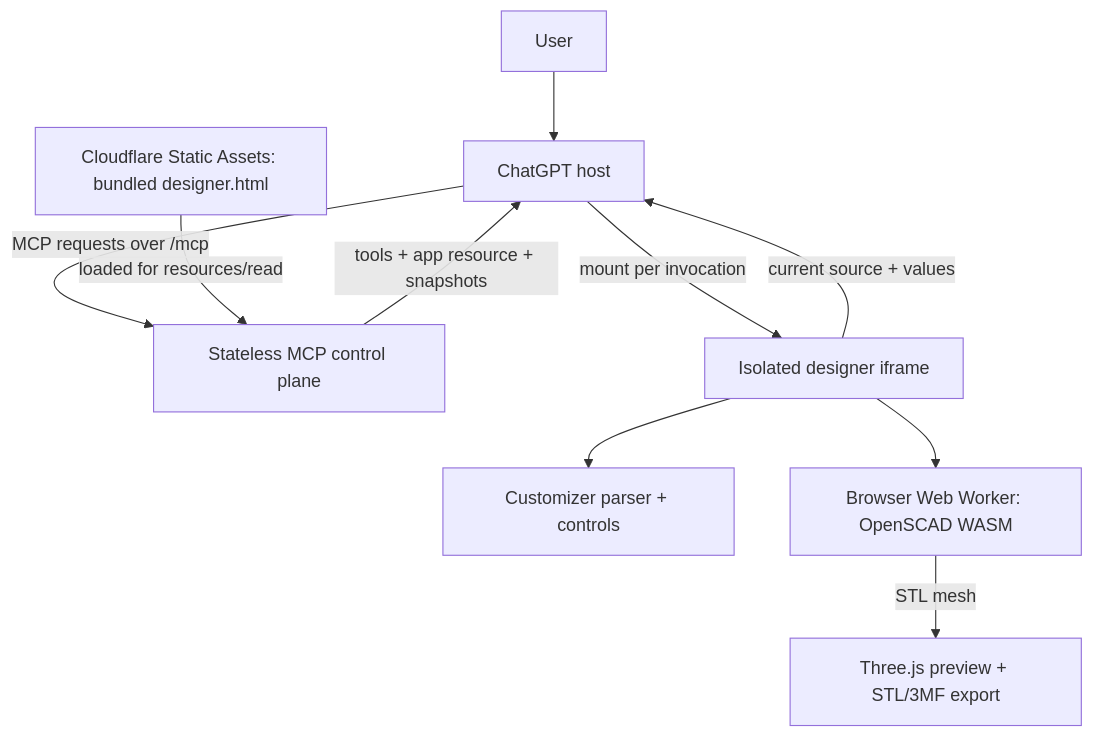
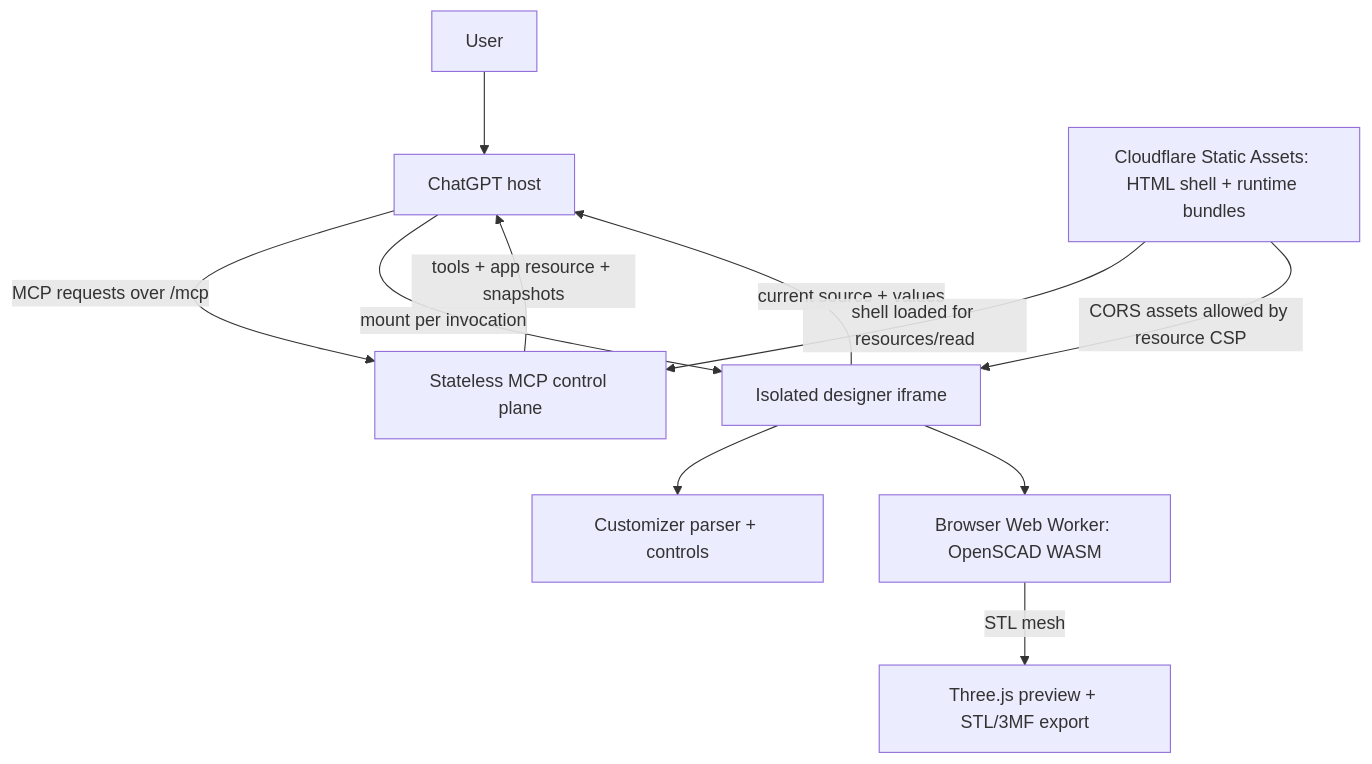
One commit to jtcressy/openscad-designer changed the diagram in docs/architecture.md. Above: the diagram before and after it, drawn with Mermaid. The commit also changed other lines of this file and 20 other files, not shown here.

````diff
--- a/docs/architecture.md
+++ b/docs/architecture.md
@@ -21,12 +21,13 @@
 ```mermaid
 flowchart TD
     U["User"] --> H["ChatGPT host"]
     H -->|"MCP requests over /mcp"| M["Stateless MCP control plane"]
     M -->|"tools + app resource + snapshots"| H
     H -->|"mount per invocation"| I["Isolated designer iframe"]
     I --> P["Customizer parser + controls"]
     I --> W["Browser Web Worker: OpenSCAD WASM"]
     W -->|"STL mesh"| V["Three.js preview + STL/3MF export"]
     I -->|"current source + values"| H
-    A["Cloudflare Static Assets: bundled designer.html"] -->|"loaded for resources/read"| M
+    A["Cloudflare Static Assets: HTML shell + runtime bundles"] -->|"shell loaded for resources/read"| M
+    A -->|"CORS assets allowed by resource CSP"| I
 ```
````
